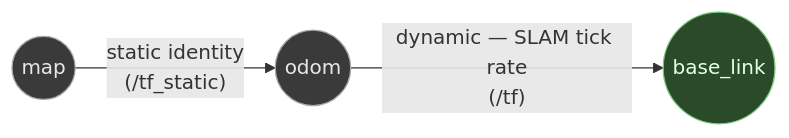
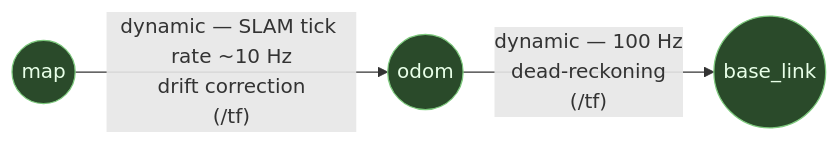
Before and after one commit to isc-fs/IFSSIM: the second of 2 diagrams in docs/autonomy_pipeline.md, drawn with Mermaid. The commit also changed other lines of this file and 7 other files, not shown here.

````diff
--- a/docs/autonomy_pipeline.md
+++ b/docs/autonomy_pipeline.md
@@ -221,11 +222,9 @@
 ```mermaid
 flowchart LR
-    classDef static fill:#3a3a3a,stroke:#a8a8a8,color:#e8e8e8
     classDef dyn fill:#2a4a2a,stroke:#7dc97d,color:#e8ffe8
 
-    map(("map")) -- "static identity<br/>(/tf_static)" --> odom(("odom"))
-    odom -- "dynamic — SLAM tick rate<br/>(/tf)" --> base(("base_link"))
+    map(("map")) -- "dynamic — SLAM tick rate ~10 Hz<br/>drift correction<br/>(/tf)" --> odom(("odom"))
+    odom -- "dynamic — 100 Hz<br/>dead-reckoning<br/>(/tf)" --> base(("base_link"))
 
-    class map,odom static
-    class base dyn
+    class map,odom,base dyn
 ```
````
